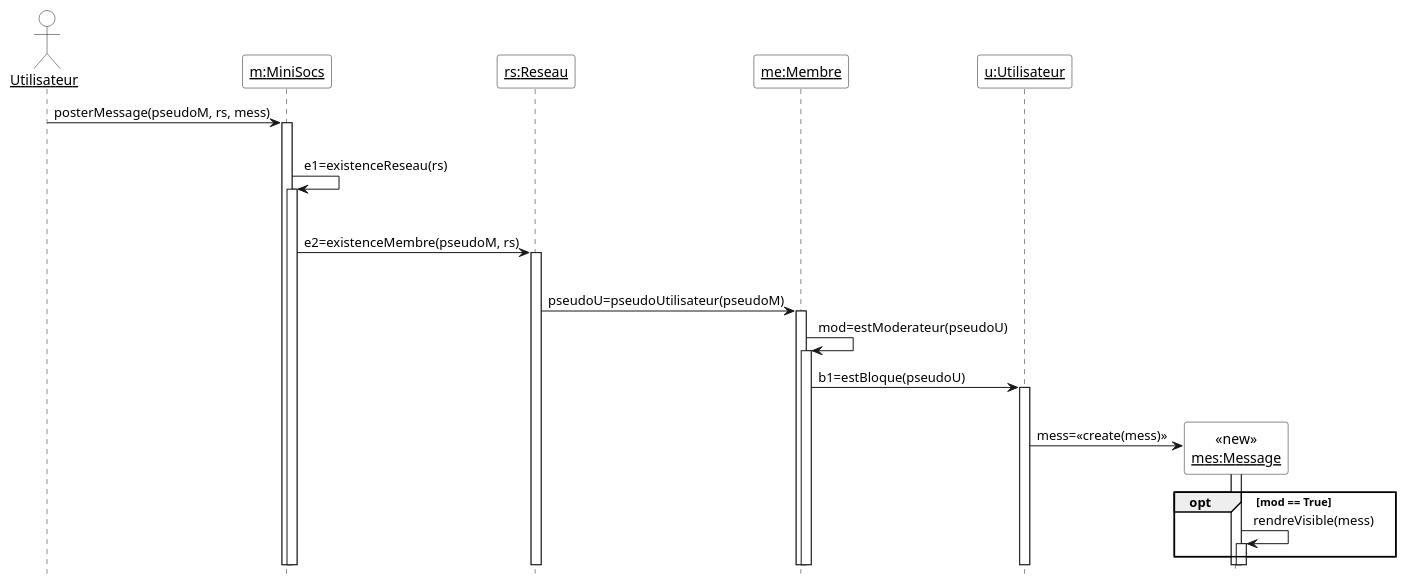
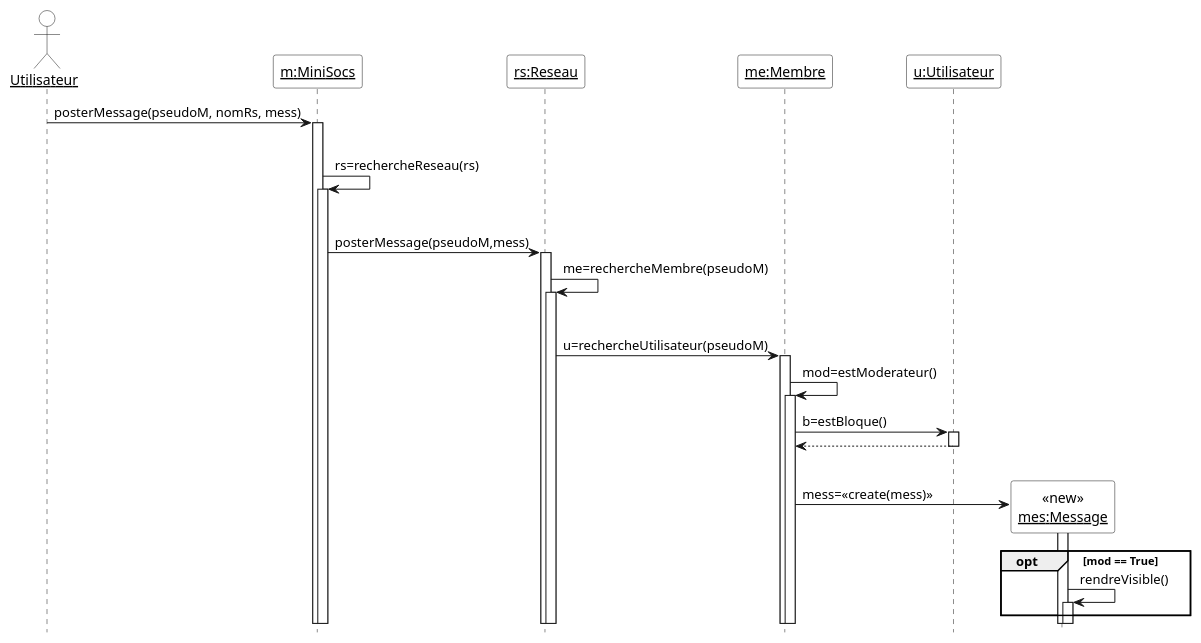
The diagram in Diagrammes/minisocs_uml_diag_poster_mess.pu (HugoKD/MiniSoc), drawn with PlantUML before and after one commit. The commit also changed 7 other files, not shown here.

Commit message:
modification des Diagrammes

```diff
--- a/Diagrammes/minisocs_uml_diag_poster_mess.pu
+++ b/Diagrammes/minisocs_uml_diag_poster_mess.pu
@@ -1,34 +1,36 @@
 @startuml
 
 'Diagramme de séquence (PlantUML)'
 
 'Configuration charte graphique'
 hide footbox
 skinparam sequenceParticipantBackgroundColor White
 skinparam sequenceActorBackgroundColor White
 
 'Déclaration des acteurs et des participants (déjà existants avant la séquence)'
 actor "__Utilisateur__" as user
 participant "__m:MiniSocs__" as m
 participant "__rs:Reseau__" as rs
 participant "__me:Membre__" as me
 participant "__u:Utilisateur__" as u
 
 'Séquence avec les messages, les créations de participants, etc.'
-user -> m ++ : posterMessage(pseudoM, rs, mess)
+user -> m ++ : posterMessage(pseudoM, nomRs, mess)
 opt pseudoM, rs, mess non null ∧ non vide
-  m -> m ++ : e1=existenceReseau(rs)
-  opt e1 != null
-    m -> rs ++ : e2=existenceMembre(pseudoM, rs)
-    opt e2 == True
-      rs -> me ++ : pseudoU=pseudoUtilisateur(pseudoM)
-      me -> me ++ : mod=estModerateur(pseudoU)
-      me -> u ++ : b1=estBloque(pseudoU)
-      opt b1 == False
-        create "<<new>>\n__mes:Message__" as mess
-        u -> "__mes:Message__" as mess ++ : mess=<<create(mess)>>
+  m -> m ++ : rs=rechercheReseau(rs)
+  opt rs != null
+    m -> rs ++ : posterMessage(pseudoM,mess)
+    rs -> rs++ : me=rechercheMembre(pseudoM)
+    opt me != null 
+    	rs->me++ : u=rechercheUtilisateur(pseudoM)
+    	me -> me ++ : mod=estModerateur()
+    	me->u++ : b=estBloque()
+    	return
+    	opt b == False
+        	create "<<new>>\n__mes:Message__" as mess
+        	me -> "__mes:Message__" as mess ++ : mess=<<create(mess)>>
         opt mod == True
-          mess -> mess ++ : rendreVisible(mess)
-     
+          mess -> mess ++ : rendreVisible()
+      	   
 end
 @enduml
```
